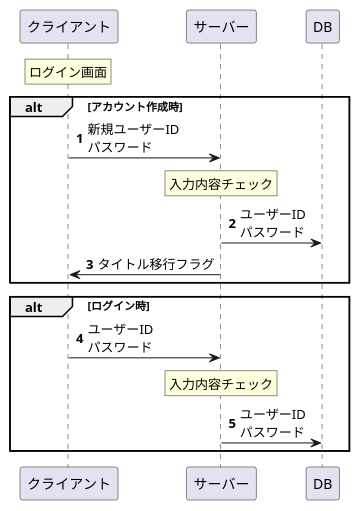
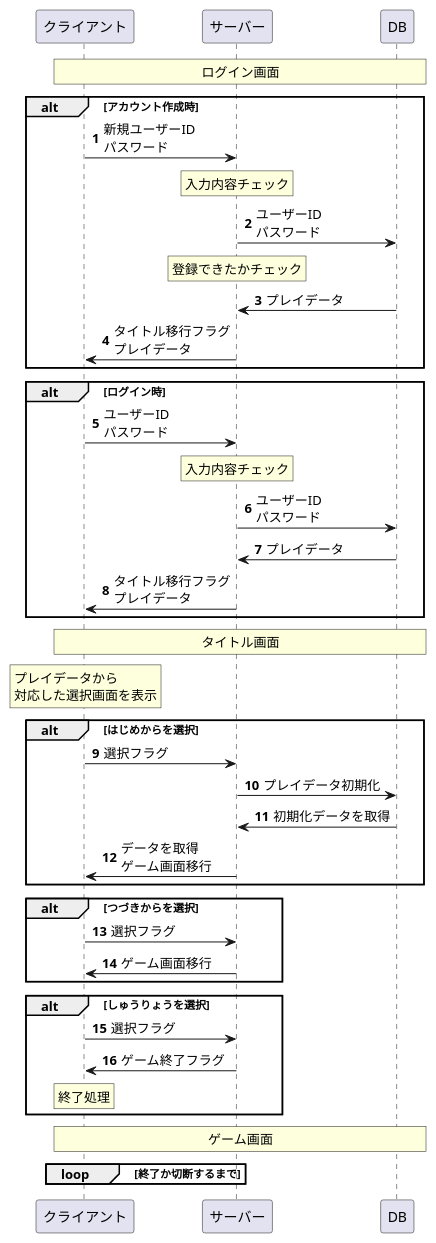
The diagram in memo/clickClicker.puml (Ria2421/clicker-cook), drawn with PlantUML before and after one commit. The commit also changed 1 other file, not shown here.

Commit message:
タイトル画面までのシーケンス図を追加

```diff
--- a/memo/clickClicker.puml
+++ b/memo/clickClicker.puml
@@ -1,29 +1,69 @@
 @startuml
 'https://plantuml.com/sequence-diagram
 
 participant クライアント
 participant サーバー
 participant DB
 
 autonumber
 
-rnote over クライアント:ログイン画面
+rnote over クライアント,DB:ログイン画面
 
 alt アカウント作成時
 
 クライアント -> サーバー:新規ユーザーID\nパスワード
 rnote over サーバー:入力内容チェック
 サーバー -> DB:ユーザーID\nパスワード
-サーバー -> クライアント:タイトル移行フラグ
+rnote over サーバー:登録できたかチェック
+サーバー <- DB:プレイデータ
+サーバー -> クライアント:タイトル移行フラグ\nプレイデータ
 
 end
 
 alt ログイン時
 
 クライアント -> サーバー:ユーザーID\nパスワード
 rnote over サーバー:入力内容チェック
 サーバー -> DB:ユーザーID\nパスワード
+サーバー <- DB:プレイデータ
+サーバー -> クライアント:タイトル移行フラグ\nプレイデータ
+
+end
+
+rnote over クライアント,DB:タイトル画面
+
+rnote over クライアント:プレイデータから\n対応した選択画面を表示
+
+alt はじめからを選択
+
+クライアント -> サーバー:選択フラグ
+サーバー -> DB:プレイデータ初期化
+サーバー <- DB:初期化データを取得
+クライアント <- サーバー:データを取得\nゲーム画面移行
+
+end
+
+alt つづきからを選択
+
+クライアント -> サーバー:選択フラグ
+クライアント <- サーバー:ゲーム画面移行
+
+end
+
+alt しゅうりょうを選択
+
+クライアント -> サーバー:選択フラグ
+クライアント <- サーバー:ゲーム終了フラグ
+rnote over クライアント:終了処理
+
+end
+
+rnote over クライアント,DB:ゲーム画面
+
+loop 終了か切断するまで
+
+
 
 end
 
 @enduml
```
